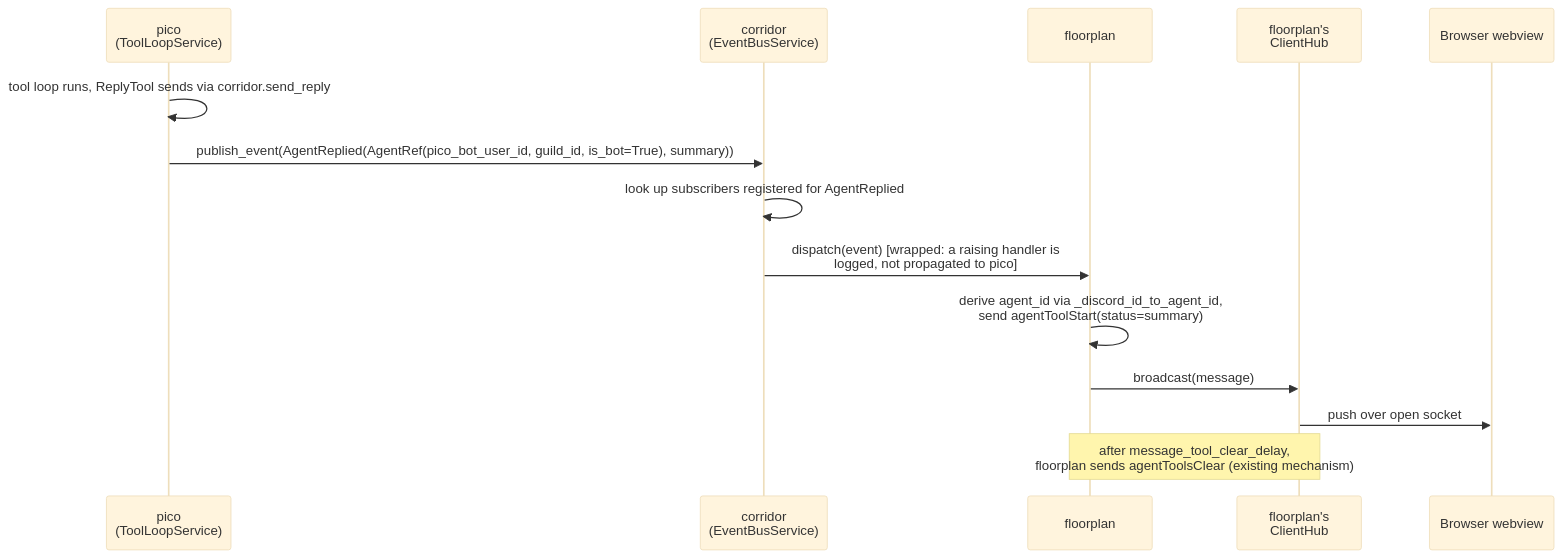
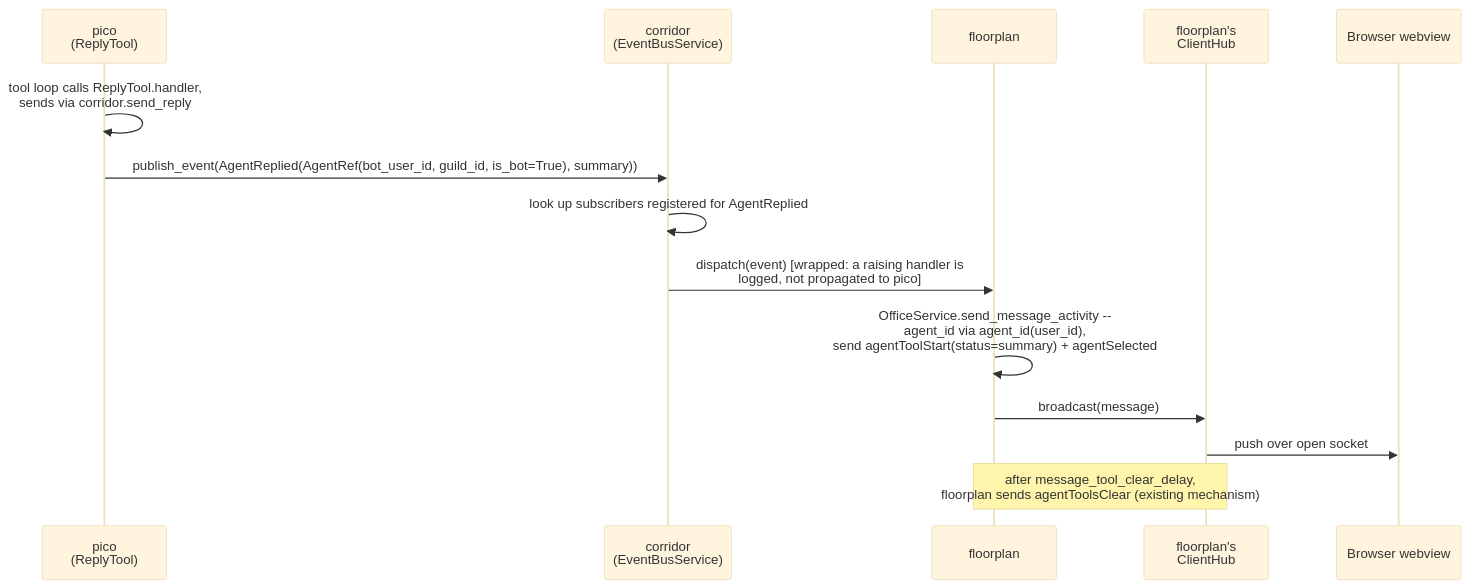
One commit to pixel-agents-hq/pixel-agents-cogs changed the fifth of 7 diagrams in docs/corridor-pubsub-design.md. Above: the diagram before and after it, drawn with Mermaid (base theme). The commit also changed other lines of this file and 17 other files, not shown here.

````diff
--- a/docs/corridor-pubsub-design.md
+++ b/docs/corridor-pubsub-design.md
@@ -640,17 +670,17 @@
 ```mermaid
 sequenceDiagram
-    participant Pico as pico<br/>(ToolLoopService)
+    participant Pico as pico<br/>(ReplyTool)
     participant C as corridor<br/>(EventBusService)
     participant FP as floorplan
     participant Hub as floorplan's<br/>ClientHub
     participant B as Browser webview
 
-    Pico->>Pico: tool loop runs, ReplyTool sends via corridor.send_reply
-    Pico->>C: publish_event(AgentReplied(AgentRef(pico_bot_user_id, guild_id, is_bot=True), summary))
+    Pico->>Pico: tool loop calls ReplyTool.handler,<br/>sends via corridor.send_reply
+    Pico->>C: publish_event(AgentReplied(AgentRef(bot_user_id, guild_id, is_bot=True), summary))
     C->>C: look up subscribers registered for AgentReplied
     C->>FP: dispatch(event)  [wrapped: a raising handler is<br/>logged, not propagated to pico]
-    FP->>FP: derive agent_id via _discord_id_to_agent_id,<br/>send agentToolStart(status=summary)
+    FP->>FP: OfficeService.send_message_activity --<br/>agent_id via agent_id(user_id),<br/>send agentToolStart(status=summary) + agentSelected
     FP->>Hub: broadcast(message)
     Hub->>B: push over open socket
     Note over FP,Hub: after message_tool_clear_delay,<br/>floorplan sends agentToolsClear (existing mechanism)
 ```
````
